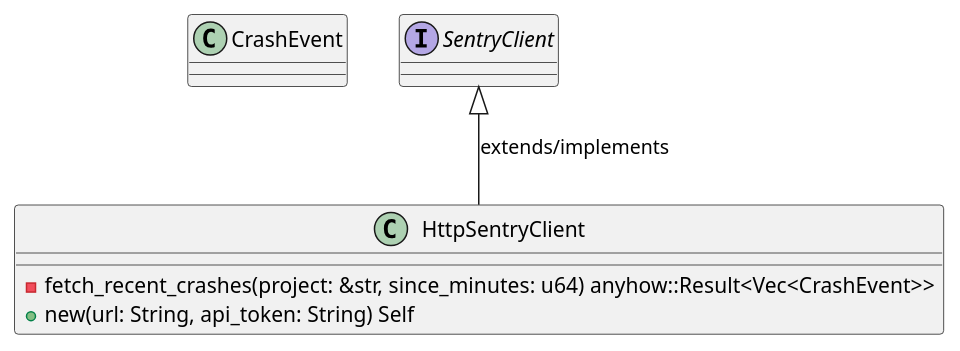
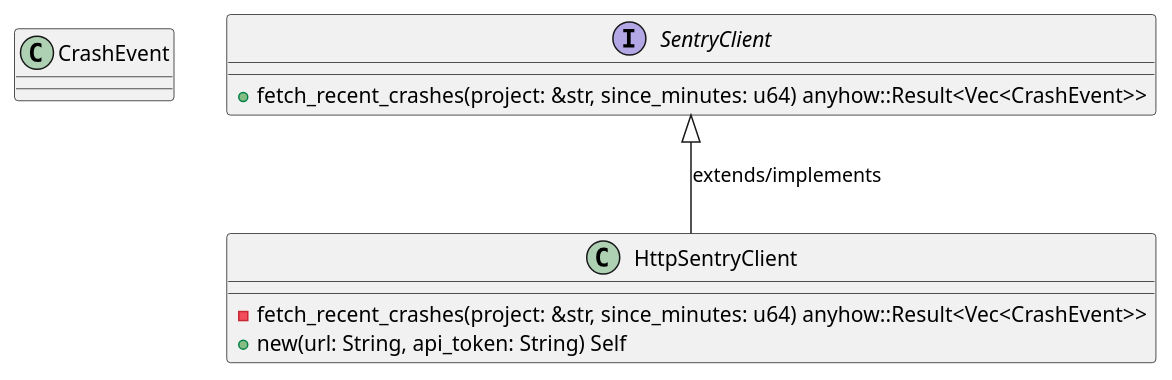
One commit to lgcorzo/rust_CACD_autonomous_factory changed the first of 6 diagrams in openwiki/crates_factory_infrastructure_src_sentry.md. Above: the diagram before and after it, drawn with PlantUML. The commit also changed other lines of this file and 96 other files, not shown here.

````diff
--- a/openwiki/crates_factory_infrastructure_src_sentry.md
+++ b/openwiki/crates_factory_infrastructure_src_sentry.md
@@ -125,14 +154,15 @@
 ```plantuml
 @startuml
 class CrashEvent {
 }
 class HttpSentryClient {
     -fetch_recent_crashes(project: &str, since_minutes: u64) anyhow::Result<Vec<CrashEvent>>
     +new(url: String, api_token: String) Self
 }
 SentryClient <|-- HttpSentryClient : extends/implements
 interface SentryClient {
+    +fetch_recent_crashes(project: &str, since_minutes: u64) anyhow::Result<Vec<CrashEvent>>
 }
 @enduml
 
 ```
````
